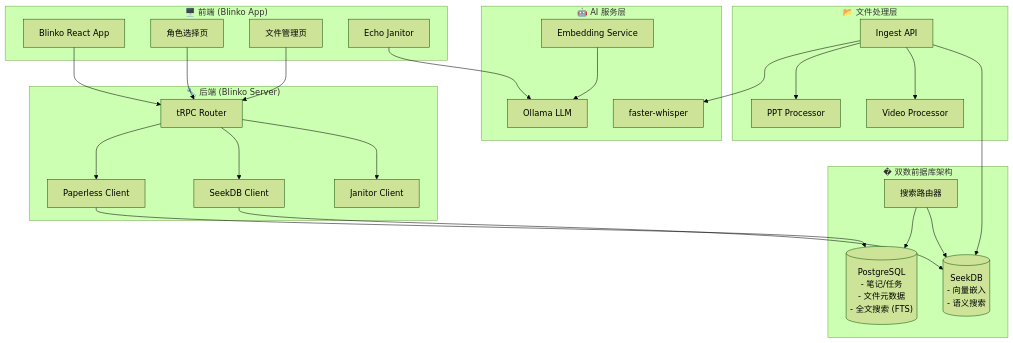
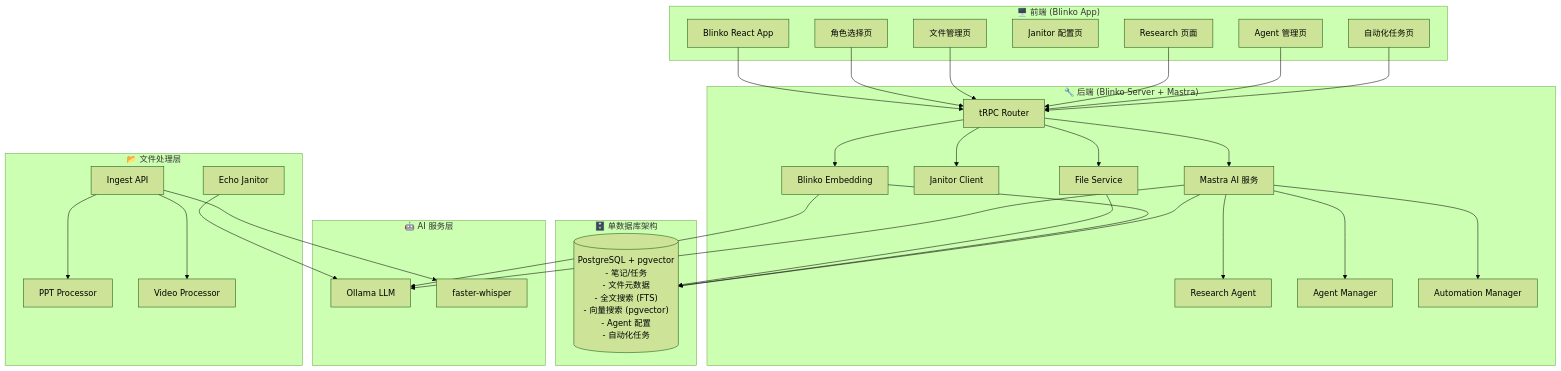
The diagram in echo/docs/VISION_AND_ARCHITECTURE.md (dseirz-rgb/worker), drawn with Mermaid (forest theme) before and after one commit. The commit also changed other lines of this file and 164 other files, not shown here.

First line of the commit message:
chore: 清理项目 - 移除 Khoj/Paperless/SeekDB 相关代码

````diff
--- a/echo/docs/VISION_AND_ARCHITECTURE.md
+++ b/echo/docs/VISION_AND_ARCHITECTURE.md
@@ -90,68 +92,77 @@
 ```mermaid
 graph TD
     subgraph "🖥️ 前端 (Blinko App)"
         UI[Blinko React App]
         RoleSelect[角色选择页]
         Files[文件管理页]
         Janitor[Janitor 配置页]
+        Research[Research 页面]
+        Agents[Agent 管理页]
+        Automations[自动化任务页]
     end
 
-    subgraph "🔧 后端 (Blinko Server)"
+    subgraph "🔧 后端 (Blinko Server + Mastra)"
         tRPC[tRPC Router]
-        PaperlessClient[Paperless Client]
-        SeekDBClient[SeekDB Client]
+        FileService[File Service]
         JanitorClient[Janitor Client]
+        EmbeddingService[Blinko Embedding]
+        MastraAI[Mastra AI 服务]
+        ResearchAgent[Research Agent]
+        AgentManager[Agent Manager]
+        AutomationManager[Automation Manager]
     end
 
-    subgraph "�️ 双数前据库架构"
-        PG[("PostgreSQL
+    subgraph "🗄️ 单数据库架构"
+        PG[("PostgreSQL + pgvector
         - 笔记/任务
         - 文件元数据
-        - 全文搜索 (FTS)")]
-        
-        SeekDB[("SeekDB
-        - 向量嵌入
-        - 语义搜索")]
-        
-        SearchRouter[搜索路由器]
+        - 全文搜索 (FTS)
+        - 向量搜索 (pgvector)
+        - Agent 配置
+        - 自动化任务")]
     end
 
     subgraph "🤖 AI 服务层"
         Ollama[Ollama LLM]
         Whisper[faster-whisper]
-        Embedding[Embedding Service]
     end
 
     subgraph "📂 文件处理层"
-        Janitor[Echo Janitor]
+        JanitorService[Echo Janitor]
         IngestAPI[Ingest API]
         PPTProcessor[PPT Processor]
         VideoProcessor[Video Processor]
     end
 
     %% 前端连接
     UI --> tRPC
     RoleSelect --> tRPC
     Files --> tRPC
+    Research --> tRPC
+    Agents --> tRPC
+    Automations --> tRPC
     
     %% 后端连接
-    tRPC --> PaperlessClient
-    tRPC --> SeekDBClient
+    tRPC --> FileService
     tRPC --> JanitorClient
+    tRPC --> EmbeddingService
+    tRPC --> MastraAI
+    MastraAI --> ResearchAgent
+    MastraAI --> AgentManager
+    MastraAI --> AutomationManager
     
     %% 数据库连接
-    PaperlessClient --> PG
-    SeekDBClient --> SeekDB
-    SearchRouter --> PG
-    SearchRouter --> SeekDB
+    FileService --> PG
+    EmbeddingService --> PG
+    MastraAI --> PG
     
     %% AI 服务连接
-    Embedding --> Ollama
-    Janitor --> Ollama
+    EmbeddingService --> Ollama
+    JanitorService --> Ollama
+    MastraAI --> Ollama
     
     %% 文件处理连接
     IngestAPI --> Whisper
     IngestAPI --> PPTProcessor
     IngestAPI --> VideoProcessor
-    IngestAPI --> SeekDB
 ```
````
